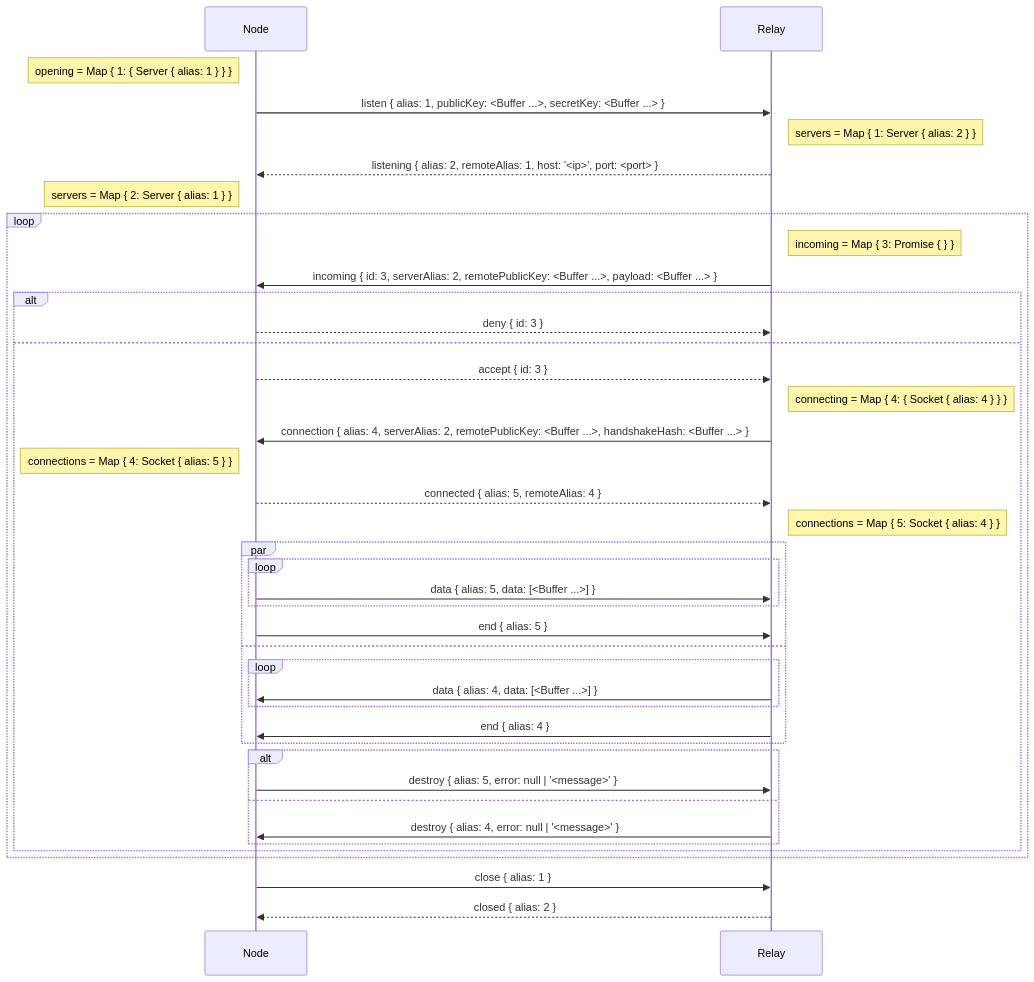
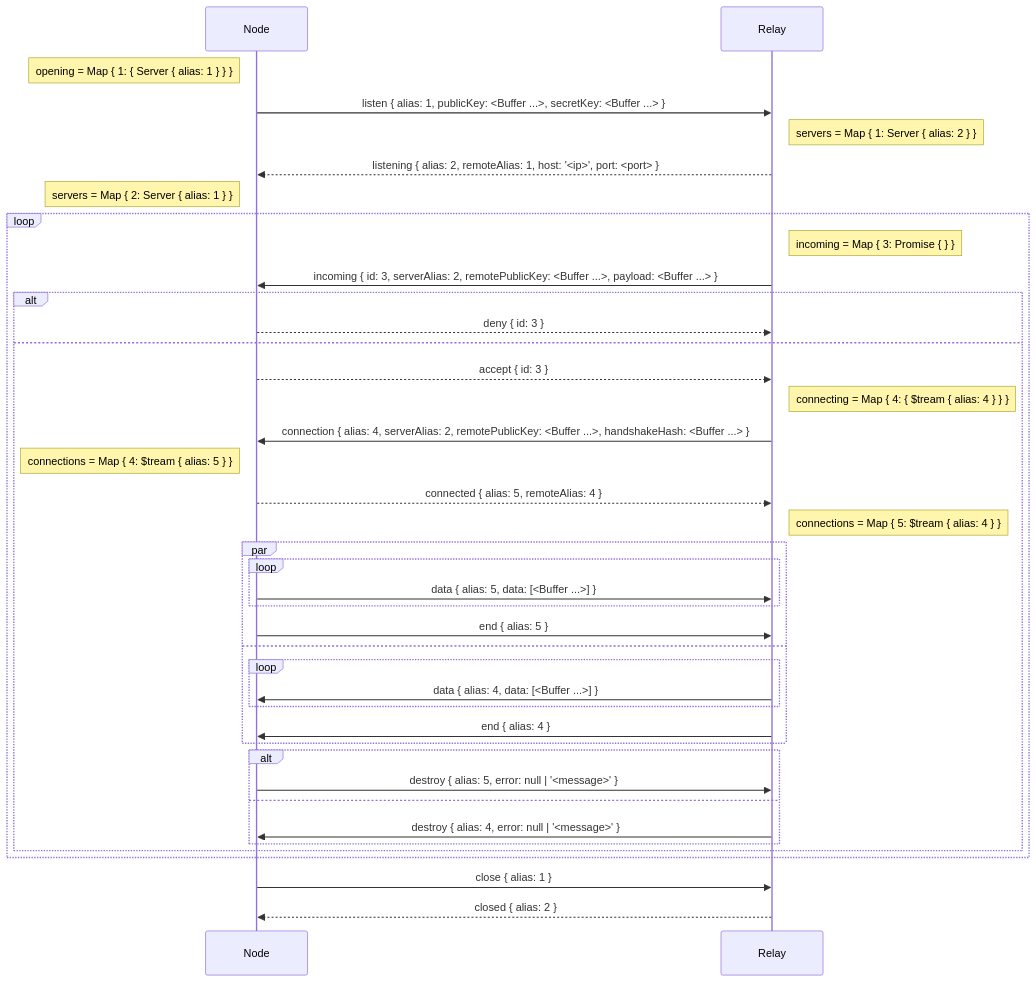
One commit to holepunchto/hyperswarm-dht-relay changed the diagram in media/diagrams/create-server.mmd. Above: the diagram before and after it, drawn with Mermaid. The commit also changed 39 other files, not shown here.

```diff
--- a/media/diagrams/create-server.mmd
+++ b/media/diagrams/create-server.mmd
@@ -1,59 +1,59 @@
 sequenceDiagram
   participant N as Node
   participant R as Relay
 
   note left of N: opening = Map { 1: { Server { alias: 1 } } }
 
   N->>R: listen { alias: 1, publicKey: <Buffer ...>, secretKey: <Buffer ...> }
 
   note right of R: servers = Map { 1: Server { alias: 2 } }
 
   R-->>N: listening { alias: 2, remoteAlias: 1, host: '<ip>', port: <port> }
 
   note left of N: servers = Map { 2: Server { alias: 1 } }
 
   loop
     note right of R: incoming = Map { 3: Promise { } }
 
     R->>N: incoming { id: 3, serverAlias: 2, remotePublicKey: <Buffer ...>, payload: <Buffer ...> }
 
     alt
       N-->>R: deny { id: 3 }
     else
       N-->>R: accept { id: 3 }
 
-      note right of R: connecting = Map { 4: { Socket { alias: 4 } } }
+      note right of R: connecting = Map { 4: { $tream { alias: 4 } } }
 
       R->>N: connection { alias: 4, serverAlias: 2, remotePublicKey: <Buffer ...>, handshakeHash: <Buffer ...> }
 
-      note left of N: connections = Map { 4: Socket { alias: 5 } }
+      note left of N: connections = Map { 4: $tream { alias: 5 } }
 
       N-->>R: connected { alias: 5, remoteAlias: 4 }
 
-      note right of R: connections = Map { 5: Socket { alias: 4 } }
+      note right of R: connections = Map { 5: $tream { alias: 4 } }
 
       par
         loop
           N->>R: data { alias: 5, data: [<Buffer ...>] }
         end
 
         N->>R: end { alias: 5 }
       and
         loop
           R->>N: data { alias: 4, data: [<Buffer ...>] }
         end
 
         R->>N: end { alias: 4 }
       end
 
       alt
         N->>R: destroy { alias: 5, error: null | '<message>' }
       else
         R->>N: destroy { alias: 4, error: null | '<message>' }
       end
     end
   end
 
   N->>R: close { alias: 1 }
 
   R-->>N: closed { alias: 2 }
```
